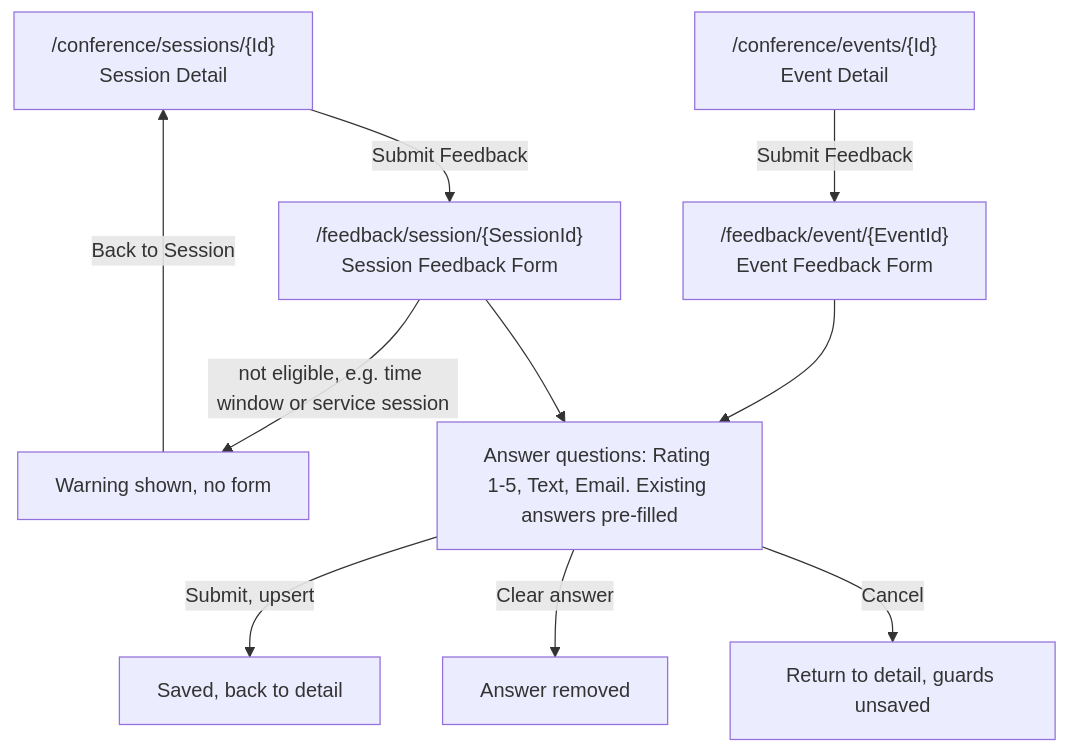
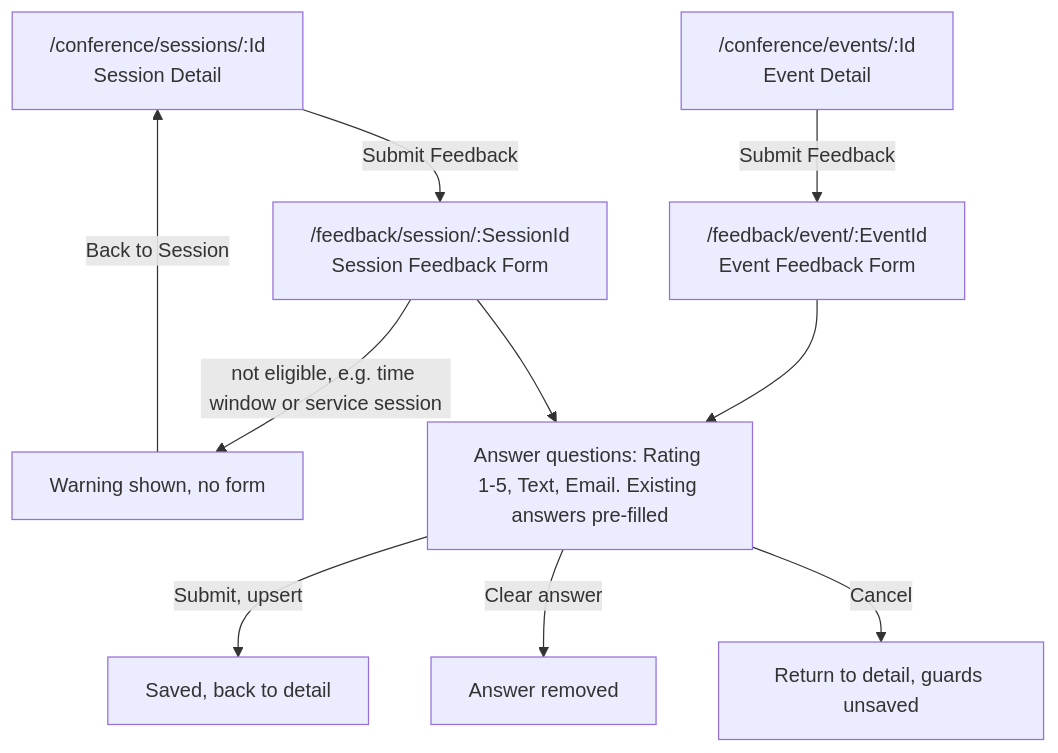
One commit to ivanball/ivanball.github.io changed the eighth of 14 diagrams in docs-src/guides/adc-NavigationFlow.md. Above: the diagram before and after it, drawn with Mermaid. The commit also changed other lines of this file and 9 other files, not shown here.

````diff
--- a/docs-src/guides/adc-NavigationFlow.md
+++ b/docs-src/guides/adc-NavigationFlow.md
@@ -506,12 +547,12 @@
 ```mermaid
 flowchart TD
-    EventDetail["/conference/events/{Id}<br/>Event Detail"] -->|Submit Feedback| EventFB["/feedback/event/{EventId}<br/>Event Feedback Form"]
-    SessionDetail["/conference/sessions/{Id}<br/>Session Detail"] -->|Submit Feedback| SessionFB["/feedback/session/{SessionId}<br/>Session Feedback Form"]
+    EventDetail["/conference/events/:Id<br/>Event Detail"] -->|Submit Feedback| EventFB["/feedback/event/:EventId<br/>Event Feedback Form"]
+    SessionDetail["/conference/sessions/:Id<br/>Session Detail"] -->|Submit Feedback| SessionFB["/feedback/session/:SessionId<br/>Session Feedback Form"]
     SessionFB -->|not eligible, e.g. time window or service session| Blocked["Warning shown, no form"]
     Blocked -->|Back to Session| SessionDetail
     EventFB --> Answer["Answer questions: Rating 1-5, Text, Email. Existing answers pre-filled"]
     SessionFB --> Answer
     Answer -->|Submit, upsert| Done["Saved, back to detail"]
     Answer -->|Clear answer| Deleted["Answer removed"]
     Answer -->|Cancel| Back["Return to detail, guards unsaved"]
 ```
````
